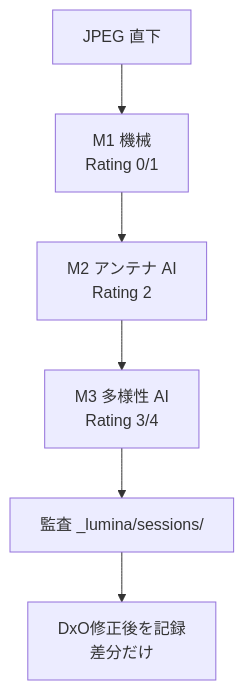
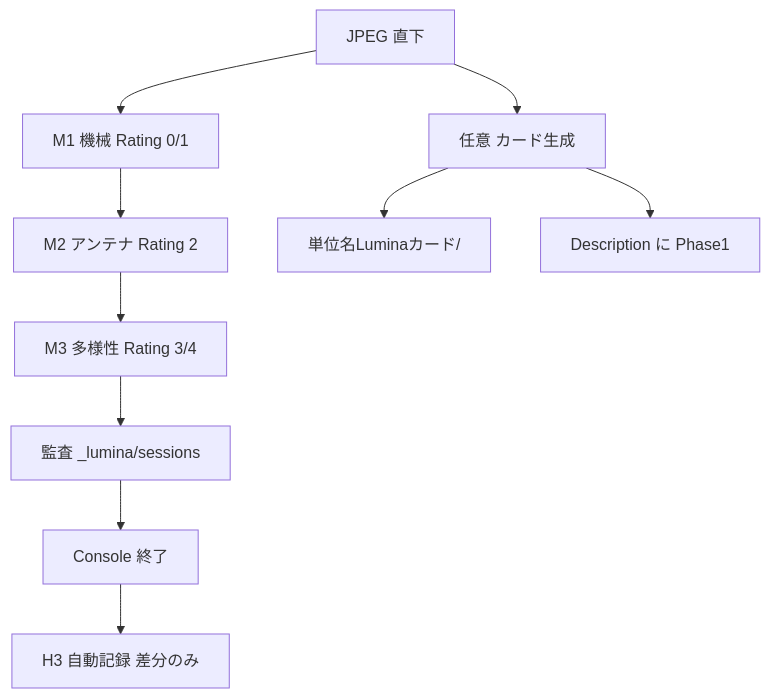
The second of 5 diagrams in docs/CURRENT_APP_MAP.md (nktn-arch01/photo-critique-bot), drawn with Mermaid before and after one commit. The commit also changed other lines of this file and 1 other file, not shown here.

````diff
--- a/docs/CURRENT_APP_MAP.md
+++ b/docs/CURRENT_APP_MAP.md
@@ -108,8 +53,12 @@
 ```mermaid
 flowchart TD
-  JPEG["JPEG 直下"] --> M1["M1 機械<br/>Rating 0/1"]
-  M1 --> M2["M2 アンテナ AI<br/>Rating 2"]
-  M2 --> M3["M3 多様性 AI<br/>Rating 3/4"]
-  M3 --> Sess["監査 _lumina/sessions/"]
-  Sess --> H3["DxO修正後を記録<br/>差分だけ"]
+  JPEG[JPEG 直下] --> M1[M1 機械 Rating 0/1]
+  M1 --> M2[M2 アンテナ Rating 2]
+  M2 --> M3[M3 多様性 Rating 3/4]
+  M3 --> Sess[監査 _lumina/sessions]
+  Sess --> Close[Console 終了]
+  Close --> H3[H3 自動記録 差分のみ]
+  JPEG --> CardBtn[任意 カード生成]
+  CardBtn --> CardPNG["単位名Luminaカード/"]
+  CardBtn --> IPTC[Description に Phase1]
 ```
````
